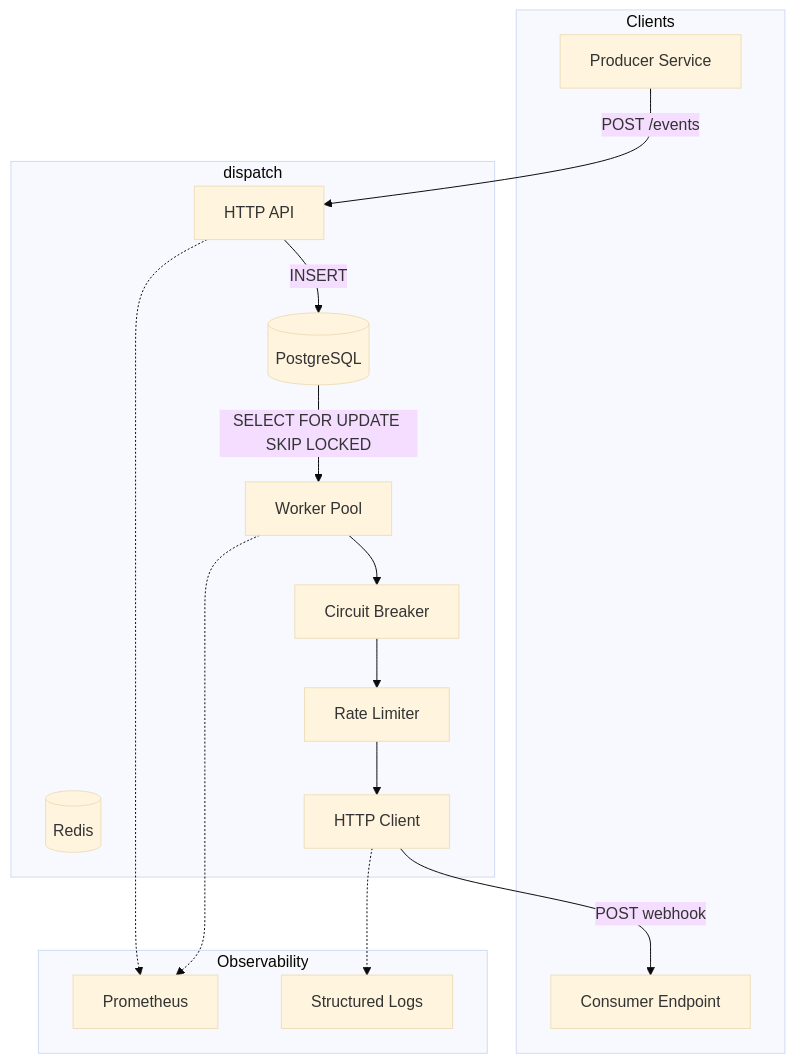
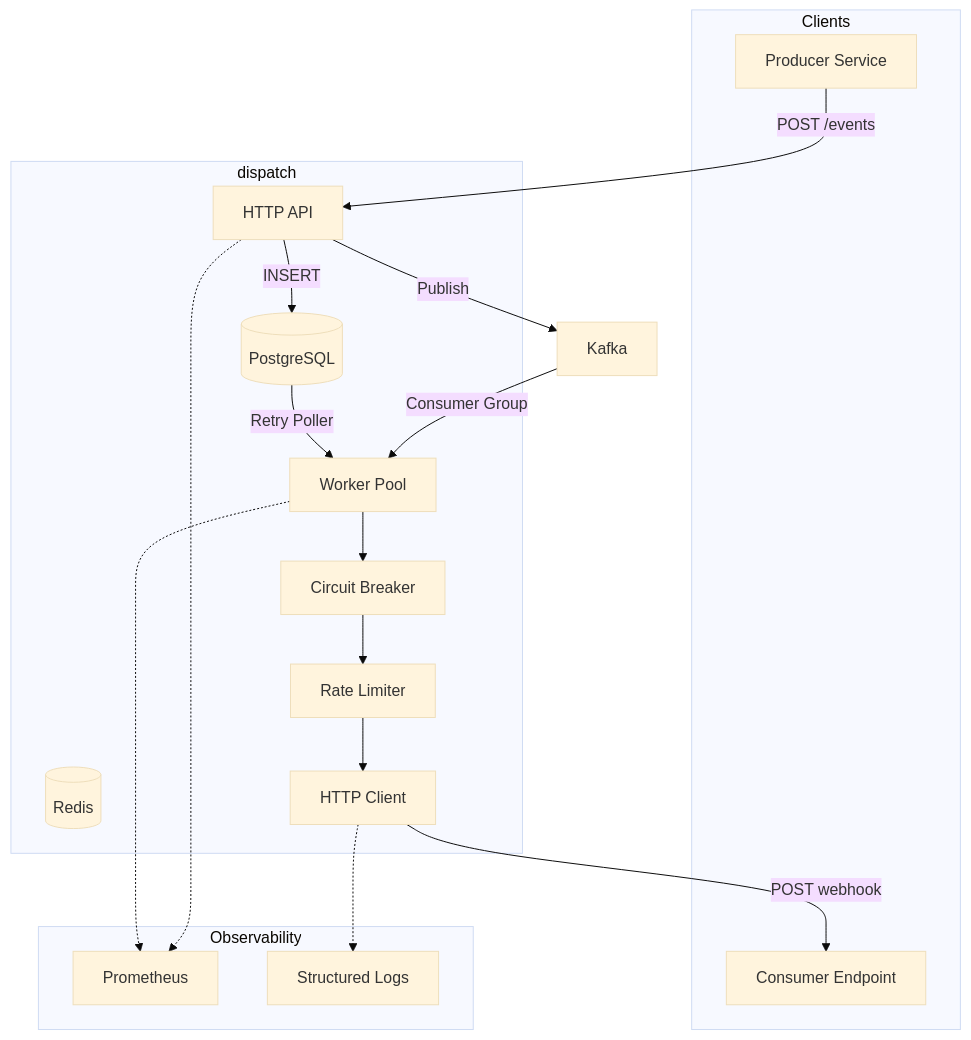
One commit to felipepmaragno/webhook-service changed the first of 4 diagrams in docs/spec.md. Above: the diagram before and after it, drawn with Mermaid (base theme). The commit also changed other lines of this file and 12 other files, not shown here.

````diff
--- a/docs/spec.md
+++ b/docs/spec.md
@@ -38,34 +38,36 @@
 ```mermaid
 flowchart TB
     subgraph Clients["Clients"]
         Producer["Producer Service"]
         Consumer["Consumer Endpoint"]
     end
 
     subgraph Dispatch["dispatch"]
         API["HTTP API"]
         DB[(PostgreSQL)]
         Redis[(Redis)]
         Workers["Worker Pool"]
         CB["Circuit Breaker"]
         RL["Rate Limiter"]
         Delivery["HTTP Client"]
     end
 
     subgraph Observability["Observability"]
         Metrics["Prometheus"]
         Logs["Structured Logs"]
     end
 
     Producer -->|POST /events| API
     API -->|INSERT| DB
-    DB -->|SELECT FOR UPDATE SKIP LOCKED| Workers
+    API -->|Publish| Kafka
+    Kafka -->|Consumer Group| Workers
     Workers --> CB
     CB --> RL
     RL --> Delivery
     Delivery -->|POST webhook| Consumer
+    DB -->|Retry Poller| Workers
     
     API -.-> Metrics
     Workers -.-> Metrics
     Delivery -.-> Logs
 ```
````
